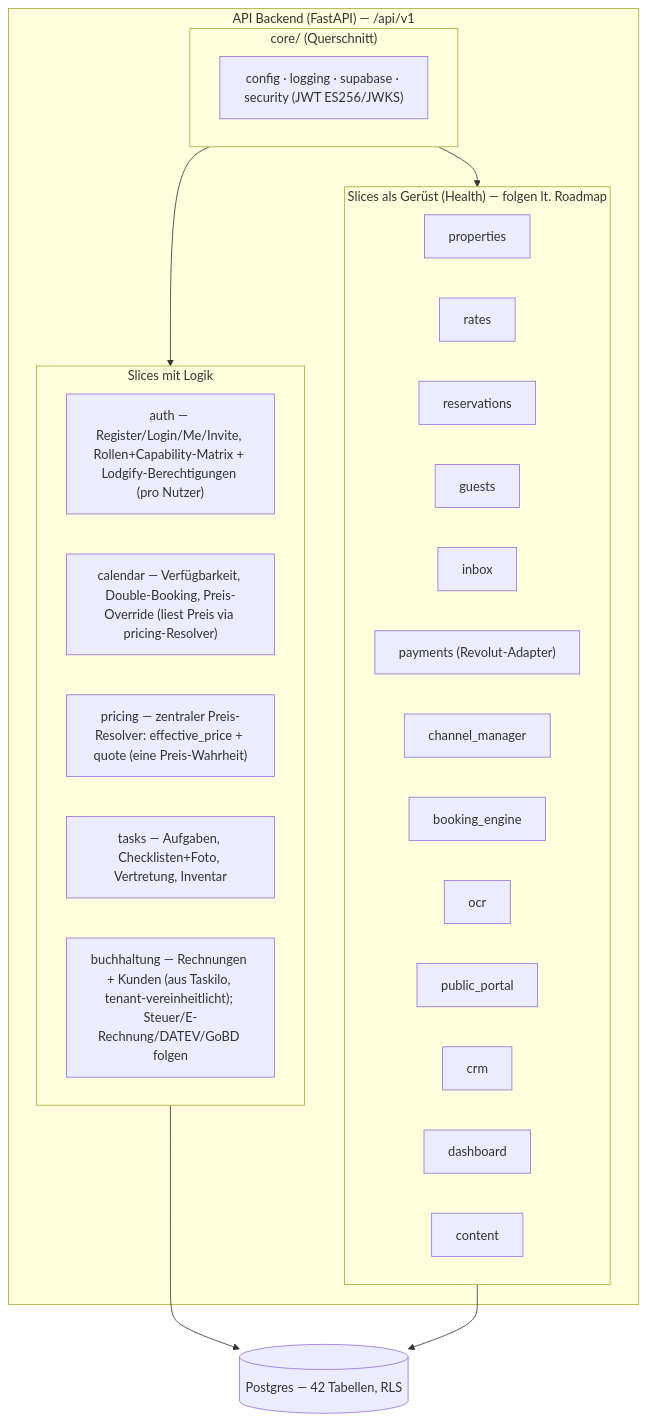
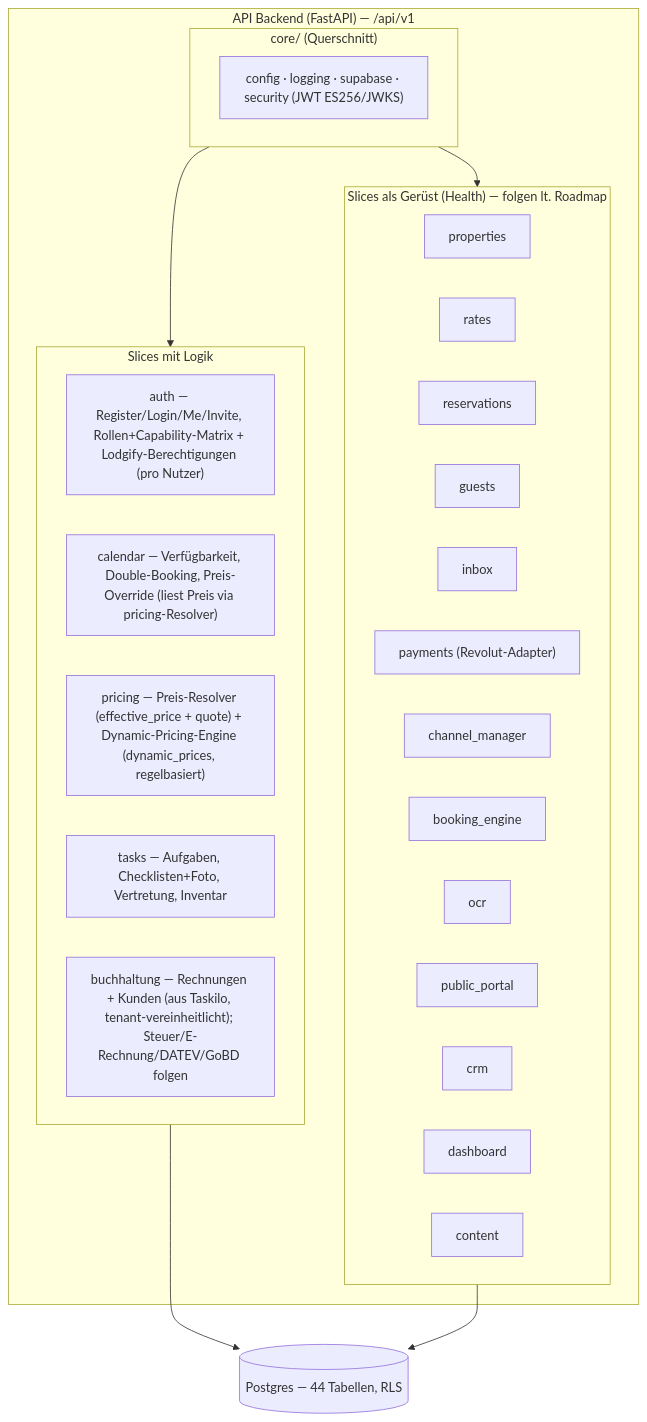
The third of 15 diagrams in docs/ARCHITECTURE.md (Andy1234567890-cmyk/NextDays), drawn with Mermaid before and after one commit. The commit also changed other lines of this file and 19 other files, not shown here.

````diff
--- a/docs/ARCHITECTURE.md
+++ b/docs/ARCHITECTURE.md
@@ -119,26 +119,26 @@
 ```mermaid
 flowchart TB
     subgraph API["API Backend (FastAPI) — /api/v1"]
         subgraph CORE["core/ (Querschnitt)"]
             CFG["config · logging · supabase · security (JWT ES256/JWKS)"]
         end
         subgraph DONE["Slices mit Logik"]
             AUTH["auth — Register/Login/Me/Invite, Rollen+Capability-Matrix + Lodgify-Berechtigungen (pro Nutzer)"]
             CAL["calendar — Verfügbarkeit, Double-Booking, Preis-Override (liest Preis via pricing-Resolver)"]
-            PRICE["pricing — zentraler Preis-Resolver: effective_price + quote (eine Preis-Wahrheit)"]
+            PRICE["pricing — Preis-Resolver (effective_price + quote) + Dynamic-Pricing-Engine (dynamic_prices, regelbasiert)"]
             TASKS["tasks — Aufgaben, Checklisten+Foto, Vertretung, Inventar"]
             BUCH["buchhaltung — Rechnungen + Kunden (aus Taskilo, tenant-vereinheitlicht); Steuer/E-Rechnung/DATEV/GoBD folgen"]
         end
         subgraph SCAFFOLD["Slices als Gerüst (Health) — folgen lt. Roadmap"]
             PROP["properties"]; RATES["rates"]; RES["reservations"]
             GUE["guests"]; INBOX["inbox"]; PAY["payments (Revolut-Adapter)"]
             CM["channel_manager"]; BOOK["booking_engine"]; OCR["ocr"]
             PORTAL["public_portal"]; CRM["crm"]; DASH["dashboard"]; CONT["content"]
         end
     end
-    DB[("Postgres — 42 Tabellen, RLS")]
+    DB[("Postgres — 44 Tabellen, RLS")]
     DONE --> DB
     SCAFFOLD --> DB
     CORE --> DONE
     CORE --> SCAFFOLD
 ```
````
